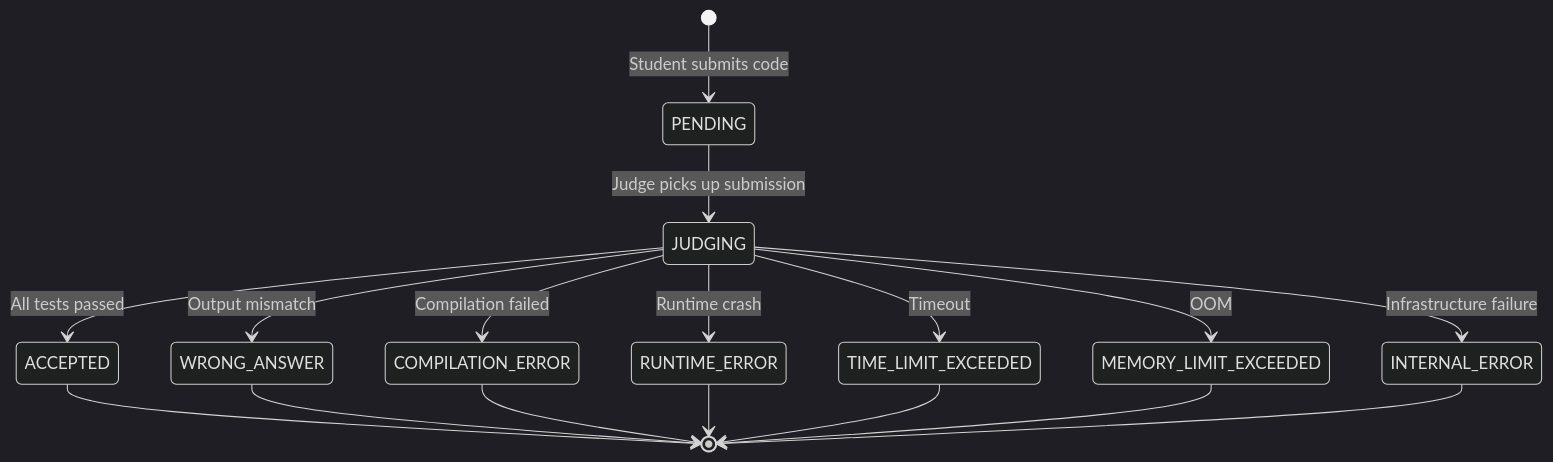
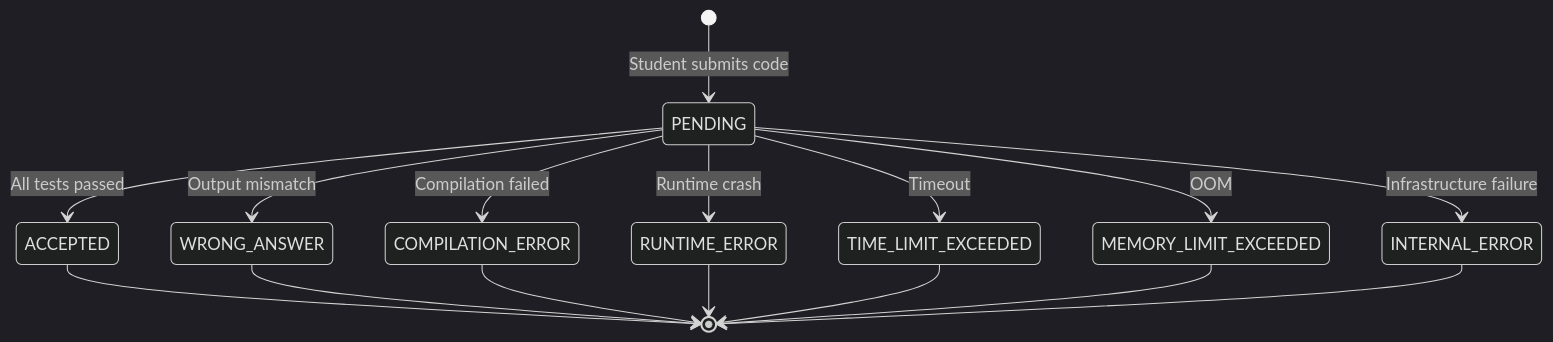
Before and after one commit to amansingh1207/Sitare_Coding_Platform: the first of 3 diagrams in docs/JUDGE_DESIGN.md, drawn with Mermaid (dark theme). The commit also changed other lines of this file and 7 other files, not shown here.

````diff
--- a/docs/JUDGE_DESIGN.md
+++ b/docs/JUDGE_DESIGN.md
@@ -17,19 +17,18 @@
 ```mermaid
 stateDiagram-v2
     [*] --> PENDING: Student submits code
-    PENDING --> JUDGING: Judge picks up submission
-    JUDGING --> ACCEPTED: All tests passed
-    JUDGING --> WRONG_ANSWER: Output mismatch
-    JUDGING --> COMPILATION_ERROR: Compilation failed
-    JUDGING --> RUNTIME_ERROR: Runtime crash
-    JUDGING --> TIME_LIMIT_EXCEEDED: Timeout
-    JUDGING --> MEMORY_LIMIT_EXCEEDED: OOM
-    JUDGING --> INTERNAL_ERROR: Infrastructure failure
+    PENDING --> ACCEPTED: All tests passed
+    PENDING --> WRONG_ANSWER: Output mismatch
+    PENDING --> COMPILATION_ERROR: Compilation failed
+    PENDING --> RUNTIME_ERROR: Runtime crash
+    PENDING --> TIME_LIMIT_EXCEEDED: Timeout
+    PENDING --> MEMORY_LIMIT_EXCEEDED: OOM
+    PENDING --> INTERNAL_ERROR: Infrastructure failure
     ACCEPTED --> [*]
     WRONG_ANSWER --> [*]
     COMPILATION_ERROR --> [*]
     RUNTIME_ERROR --> [*]
     TIME_LIMIT_EXCEEDED --> [*]
     MEMORY_LIMIT_EXCEEDED --> [*]
     INTERNAL_ERROR --> [*]
 ```
````
